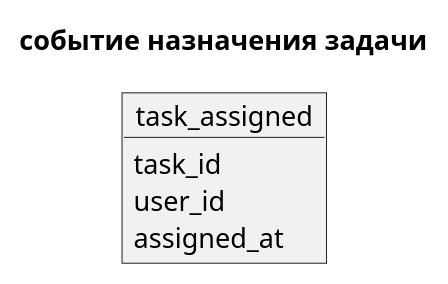
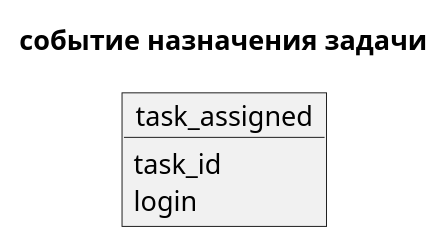
Before and after one commit to mhanygin/aTES: the second of 6 diagrams in docs/events.puml, drawn with PlantUML. The commit also changed other lines of this file and 16 other files, not shown here.

Commit message:
добавлены диаграммы и события

```diff
--- a/docs/events.puml
+++ b/docs/events.puml
@@ -15,11 +14,10 @@
 @startuml task_assigned
 
 title событие назначения задачи
 
 object task_assigned {
 task_id
-user_id
-assigned_at
+login
 }
 
 @enduml
```
